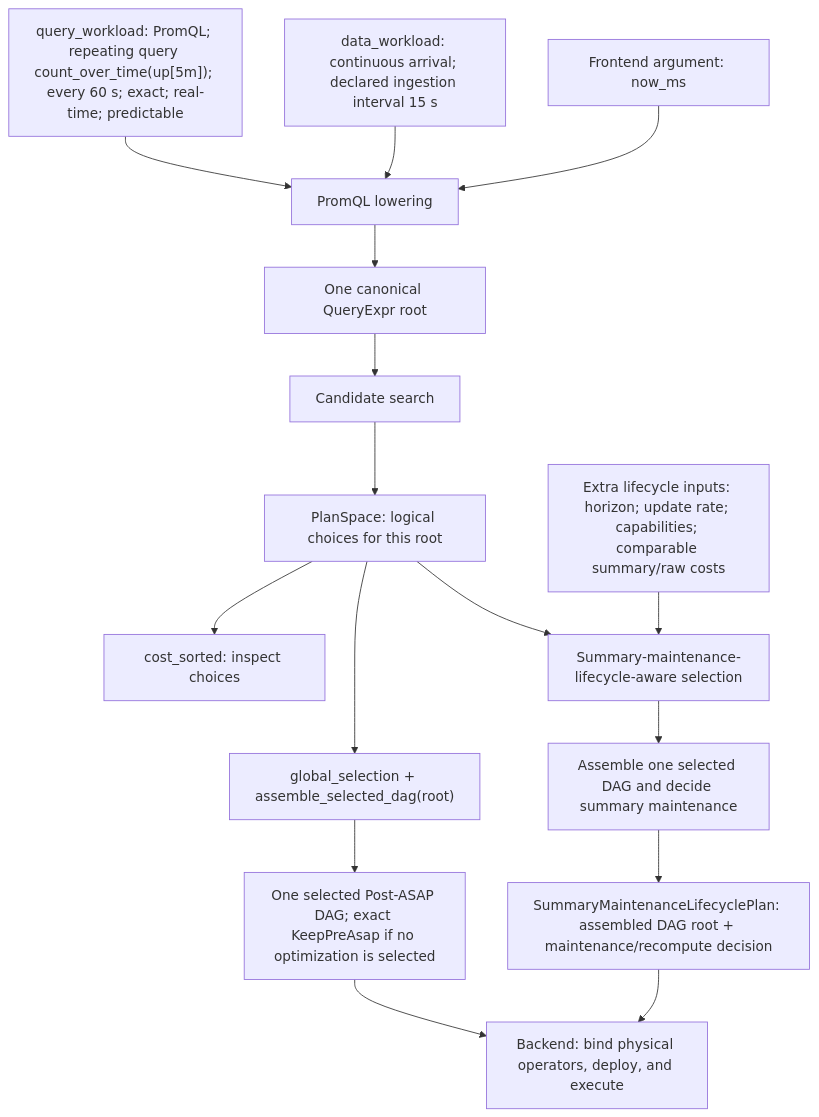
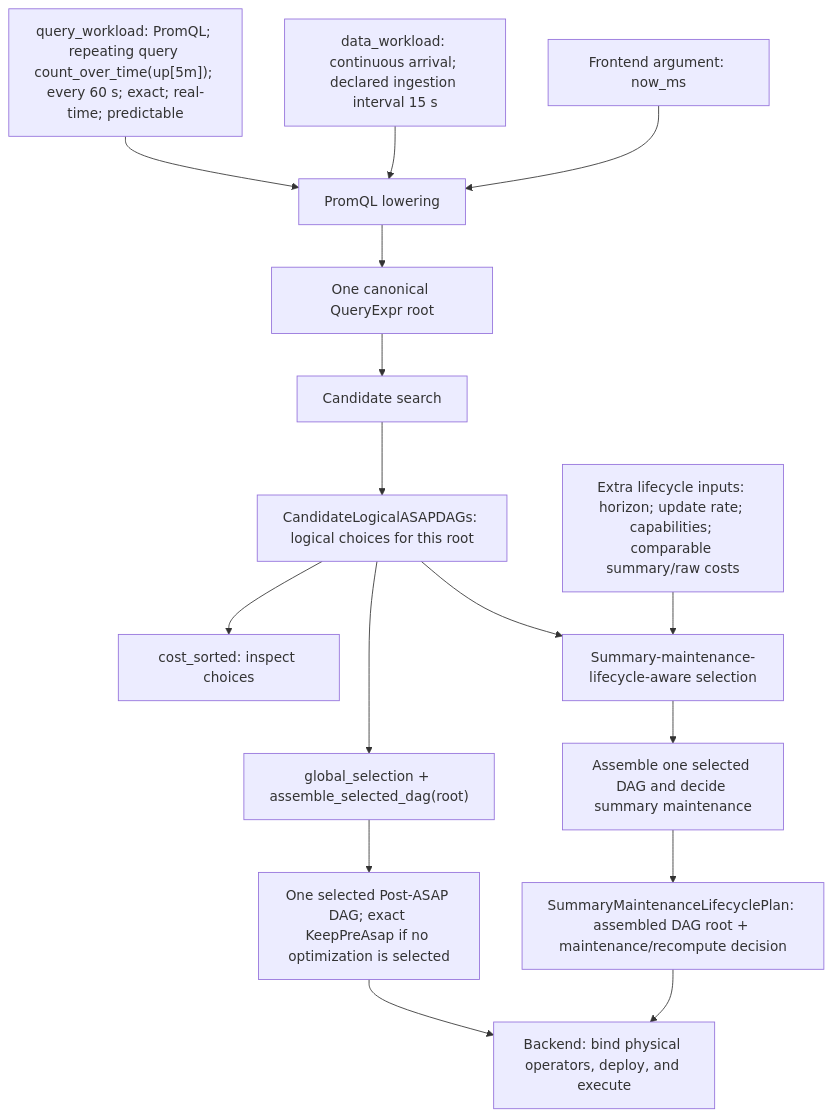
One commit to ProjectASAP/ASAPPlanner changed the first of 2 diagrams in docs/design_docs/architecture/input-output-workflow.md. Above: the diagram before and after it, drawn with Mermaid. The commit also changed other lines of this file and 42 other files, not shown here.

````diff
--- a/docs/design_docs/architecture/input-output-workflow.md
+++ b/docs/design_docs/architecture/input-output-workflow.md
@@ -63,26 +63,26 @@
 ```mermaid
 flowchart TD
     Q["query_workload: PromQL; repeating query count_over_time(up[5m]); every 60 s; exact; real-time; predictable"]
     D["data_workload: continuous arrival; declared ingestion interval 15 s"]
     T["Frontend argument: now_ms"]
     F["PromQL lowering"]
     R["One canonical QueryExpr root"]
     S["Candidate search"]
-    P["PlanSpace: logical choices for this root"]
+    P["CandidateLogicalASAPDAGs: logical choices for this root"]
     I["cost_sorted: inspect choices"]
     G["global_selection + assemble_selected_dag(root)"]
     L["One selected Post-ASAP DAG; exact KeepPreAsap if no optimization is selected"]
     X["Extra lifecycle inputs: horizon; update rate; capabilities; comparable summary/raw costs"]
     H["Summary-maintenance-lifecycle-aware selection"]
     HM["Assemble one selected DAG and decide summary maintenance"]
     O["SummaryMaintenanceLifecyclePlan: assembled DAG root + maintenance/recompute decision"]
     B["Backend: bind physical operators, deploy, and execute"]
     Q --> F
     D --> F
     T --> F
     F --> R --> S --> P
     P --> I
     P --> G --> L --> B
     P --> H
     X --> H --> HM --> O --> B
 ```
````
